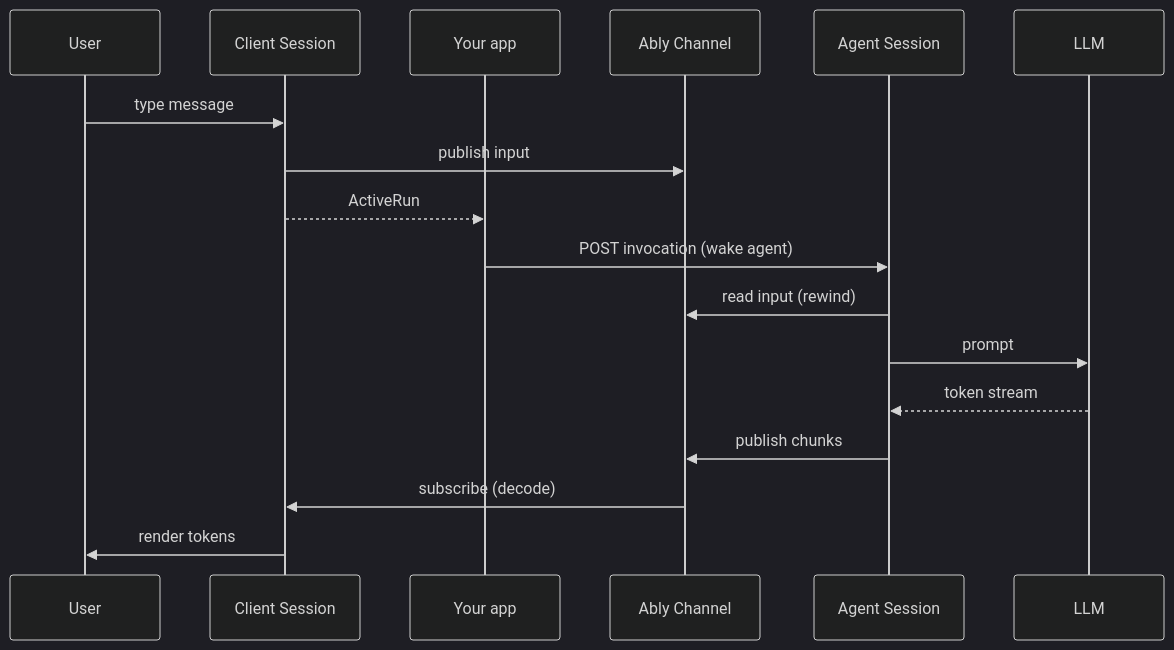
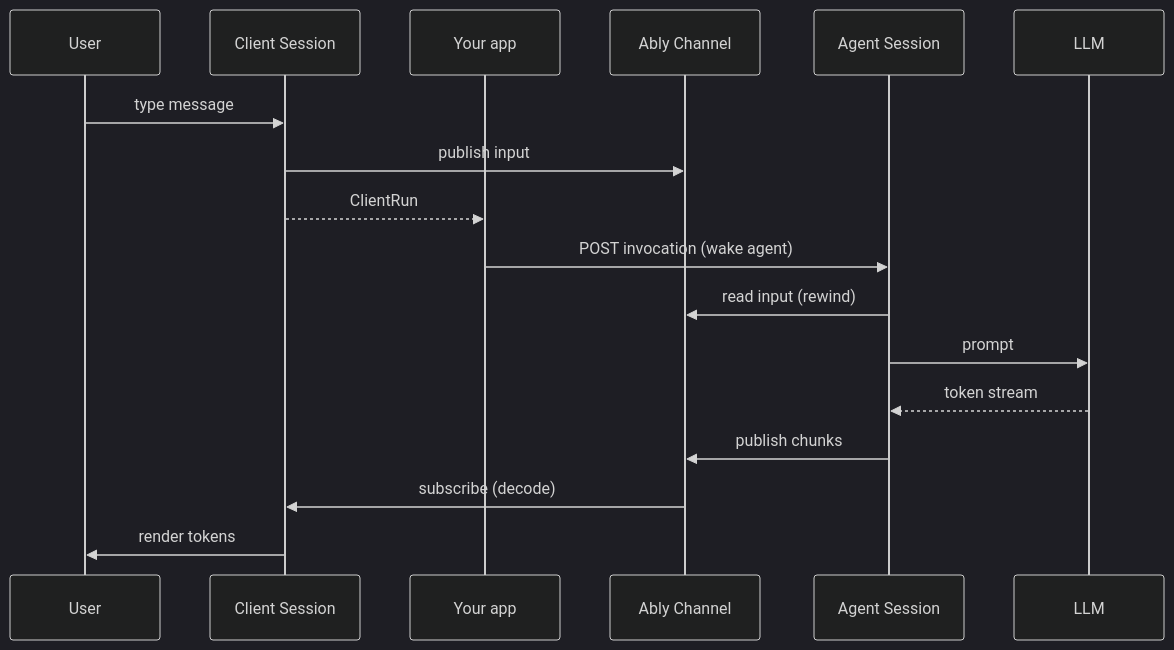
Before and after one commit to ably/ably-ai-transport-js: the diagram in docs/concepts/sessions.md, drawn with Mermaid (dark theme). The commit also changed other lines of this file and 11 other files, not shown here.

First line of the commit message:
Docs: rename ActiveRun to ClientRun and fix the runId/started semantics

````diff
--- a/docs/concepts/sessions.md
+++ b/docs/concepts/sessions.md
@@ -7,20 +7,20 @@
 ```mermaid
 sequenceDiagram
     participant U as User
     participant CS as Client Session
     participant App as Your app
     participant AC as Ably Channel
     participant AS as Agent Session
     participant LLM
 
     U->>CS: type message
     CS->>AC: publish input
-    CS-->>App: ActiveRun
+    CS-->>App: ClientRun
     App->>AS: POST invocation (wake agent)
     AS->>AC: read input (rewind)
     AS->>LLM: prompt
     LLM-->>AS: token stream
     AS->>AC: publish chunks
     AC->>CS: subscribe (decode)
     CS->>U: render tokens
 ```
````
